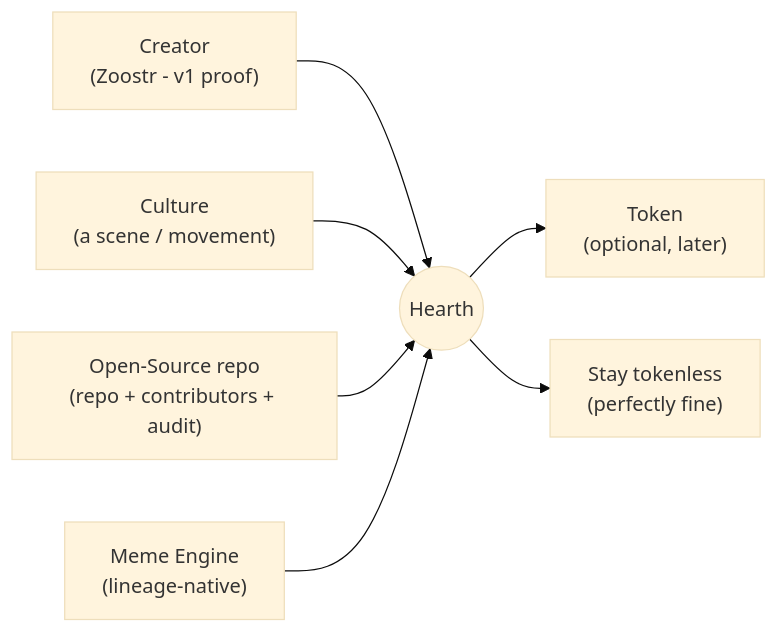
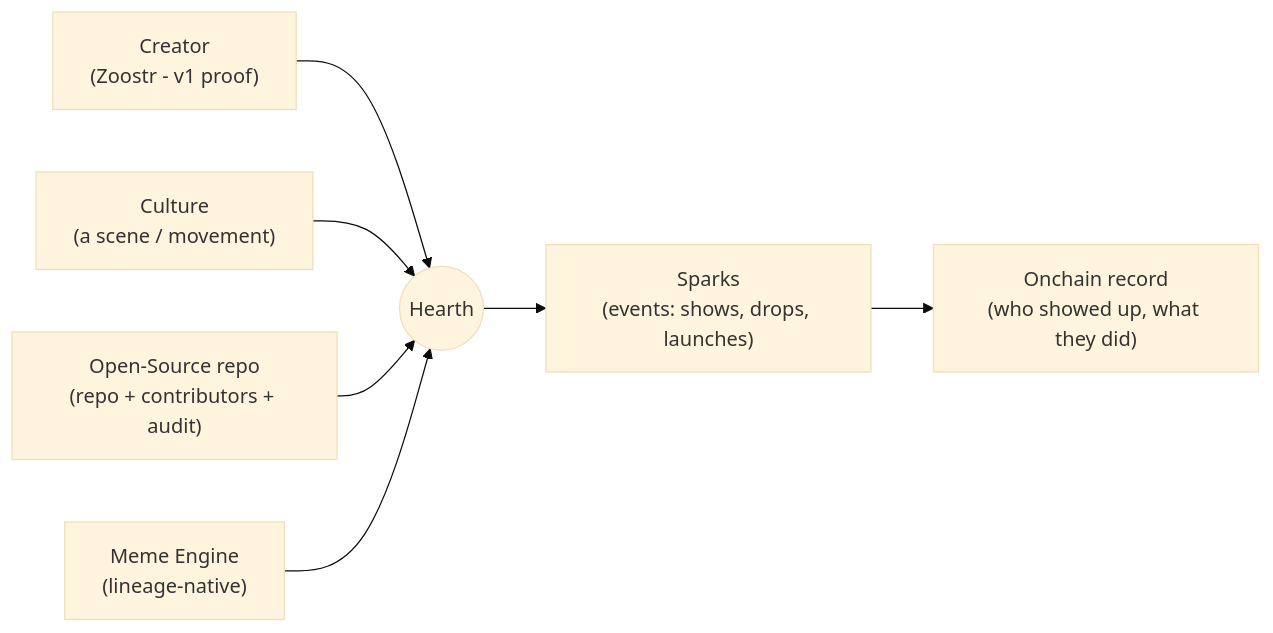
Before and after one commit to bettercallzaal/sparkz: the first of 6 diagrams in README.md, drawn with Mermaid (base theme). The commit also changed other lines of this file, not shown here.

First line of the commit message:
docs(readme): Hearth first, Sparks are events, no token talk

````diff
--- a/README.md
+++ b/README.md
@@ -180,9 +178,9 @@
 ```mermaid
 flowchart LR
   Creator["Creator<br/>(Zoostr - v1 proof)"] --> Hearth
   Culture["Culture<br/>(a scene / movement)"] --> Hearth
   OSS["Open-Source repo<br/>(repo + contributors + audit)"] --> Hearth
   Meme["Meme Engine<br/>(lineage-native)"] --> Hearth
-  Hearth(("Hearth")) --> Coin["Token<br/>(optional, later)"]
-  Hearth --> Stay["Stay tokenless<br/>(perfectly fine)"]
+  Hearth(("Hearth")) --> Sparks["Sparks<br/>(events: shows, drops, launches)"]
+  Sparks --> Record["Onchain record<br/>(who showed up, what they did)"]
 ```
````
